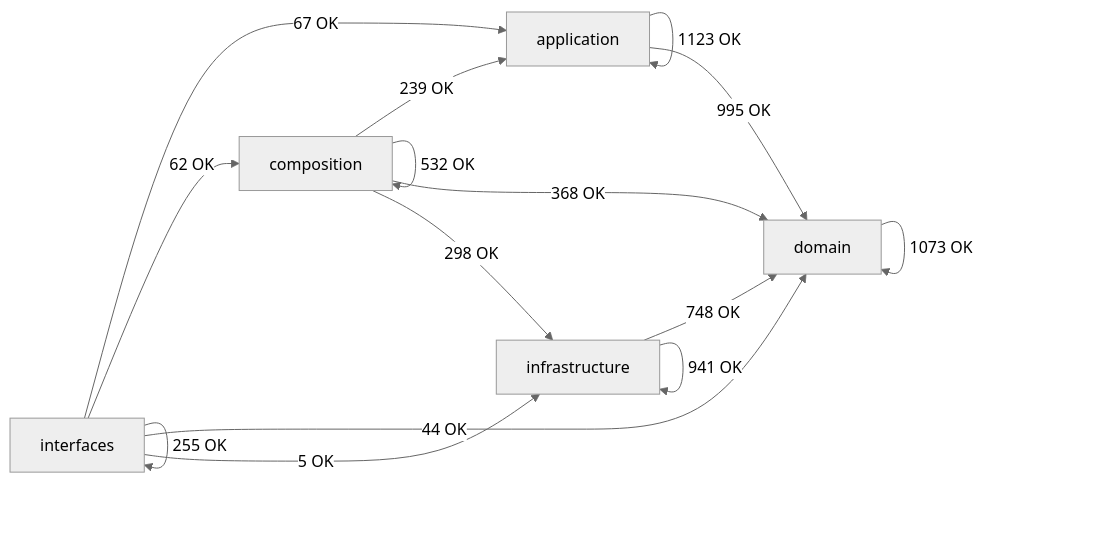
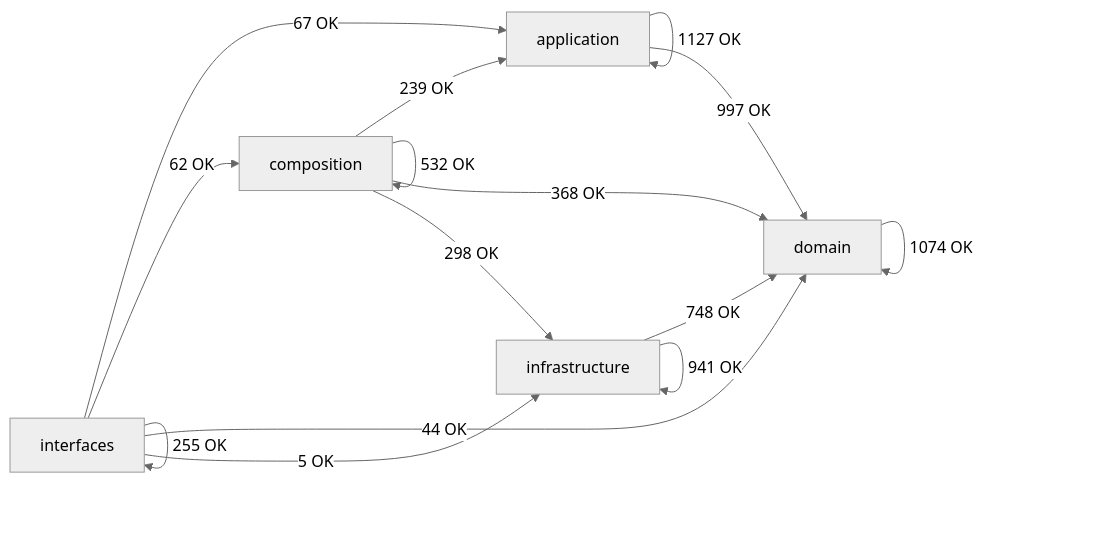
The diagram in docs/02-architecture/generated/module-dependency-map.md (SatoryKono/BioactivityDataAcquisition), drawn with Mermaid (neutral theme) before and after one commit. The commit also changed other lines of this file and 9 other files, not shown here.

````diff
--- a/docs/02-architecture/generated/module-dependency-map.md
+++ b/docs/02-architecture/generated/module-dependency-map.md
@@ -17,22 +17,22 @@
 ```mermaid
 flowchart LR
     domain[domain]
     application[application]
     infrastructure[infrastructure]
     composition[composition]
     interfaces[interfaces]
-    application -->|1123 OK| application
-    application -->|995 OK| domain
+    application -->|1127 OK| application
+    application -->|997 OK| domain
     composition -->|239 OK| application
     composition -->|532 OK| composition
     composition -->|368 OK| domain
     composition -->|298 OK| infrastructure
-    domain -->|1073 OK| domain
+    domain -->|1074 OK| domain
     infrastructure -->|748 OK| domain
     infrastructure -->|941 OK| infrastructure
     interfaces -->|67 OK| application
     interfaces -->|62 OK| composition
     interfaces -->|44 OK| domain
     interfaces -->|5 OK| infrastructure
     interfaces -->|255 OK| interfaces
 ```
````
